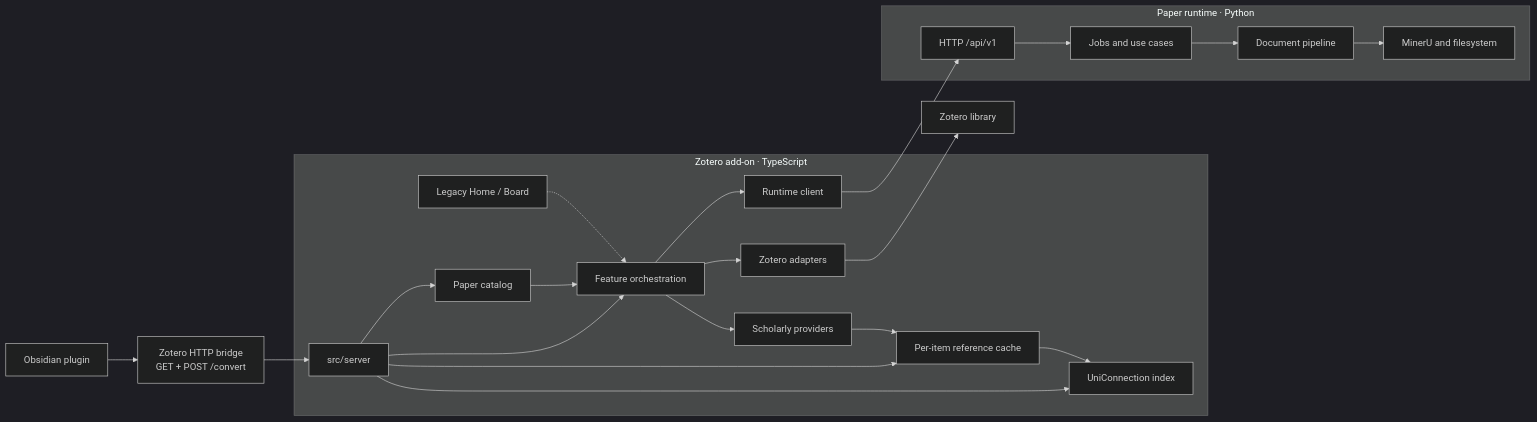
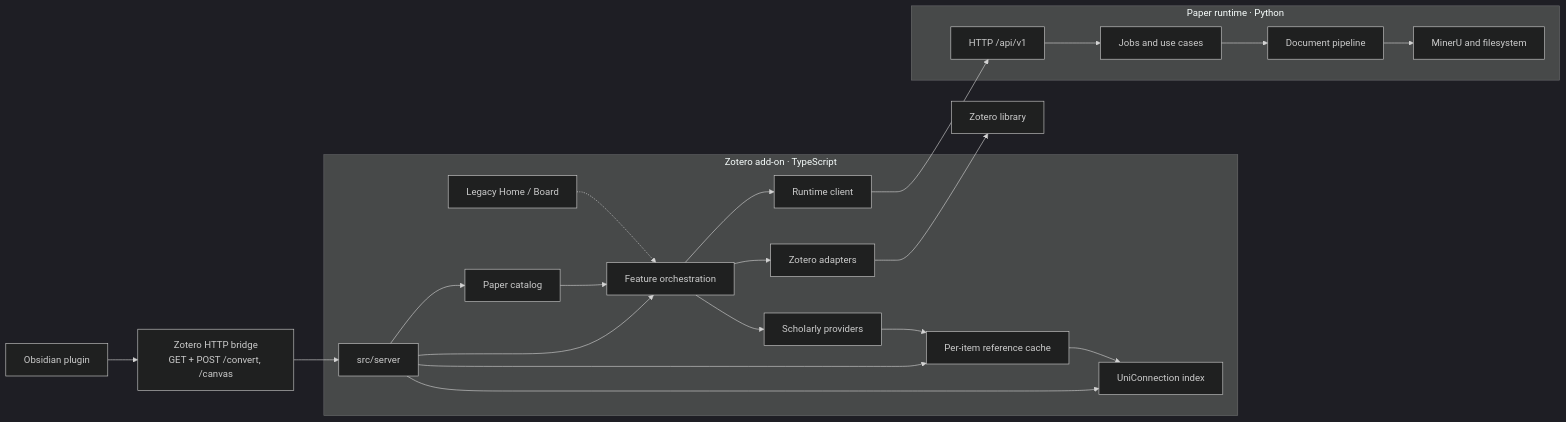
Before and after one commit to Leavvind/Unizero: the diagram in docs/ARCHITECTURE.md, drawn with Mermaid (dark theme). The commit also changed other lines of this file and 3 other files, not shown here.

Commit message:
docs: update architecture, roadmap and legacy support for bridge changes

````diff
--- a/docs/ARCHITECTURE.md
+++ b/docs/ARCHITECTURE.md
@@ -5,45 +5,45 @@
 ```mermaid
 flowchart LR
     Obsidian["Obsidian plugin"]
-    Bridge["Zotero HTTP bridge\nGET + POST /convert"]
+    Bridge["Zotero HTTP bridge\nGET + POST /convert, /canvas"]
 
     subgraph Addon["Zotero add-on · TypeScript"]
         Server["src/server"]
         Features["Feature orchestration"]
         Adapters["Zotero adapters"]
         Providers["Scholarly providers"]
         Cache["Per-item reference cache"]
         Index["UniConnection index"]
         Catalog["Paper catalog"]
         Client["Runtime client"]
         LegacyUI["Legacy Home / Board"]
     end
 
     Zotero["Zotero library"]
 
     subgraph Runtime["Paper runtime · Python"]
         API["HTTP /api/v1"]
         App["Jobs and use cases"]
         Pipeline["Document pipeline"]
         IO["MinerU and filesystem"]
     end
 
     Obsidian --> Bridge
     Bridge --> Server
     Server --> Features
     Server --> Cache
     Server --> Index
     Server --> Catalog
     Features --> Adapters
     Features --> Providers
     Features --> Client
     Providers --> Cache
     Cache --> Index
     Adapters --> Zotero
     Catalog --> Features
     Client --> API
     API --> App
     App --> Pipeline
     Pipeline --> IO
     LegacyUI -.-> Features
 ```
````
